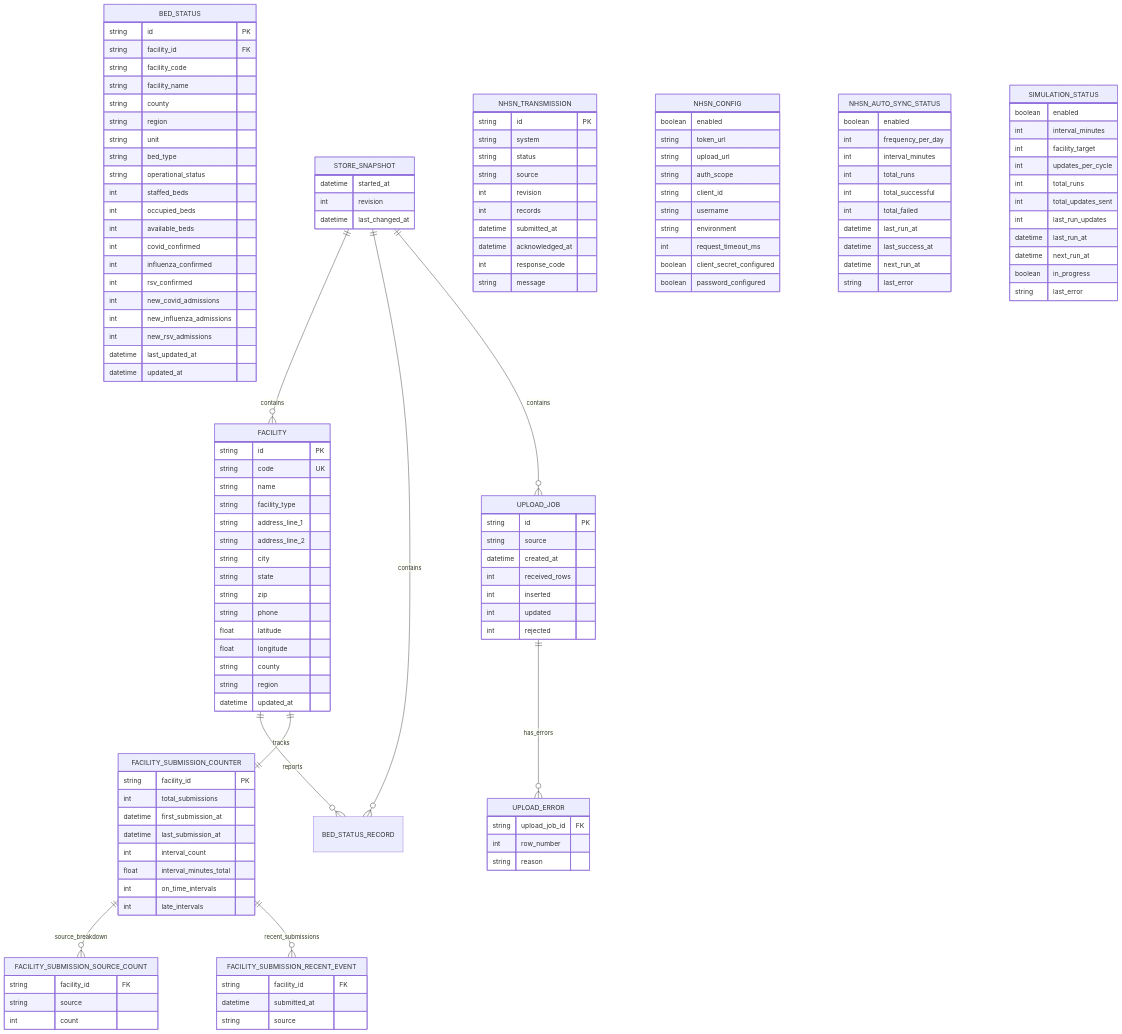
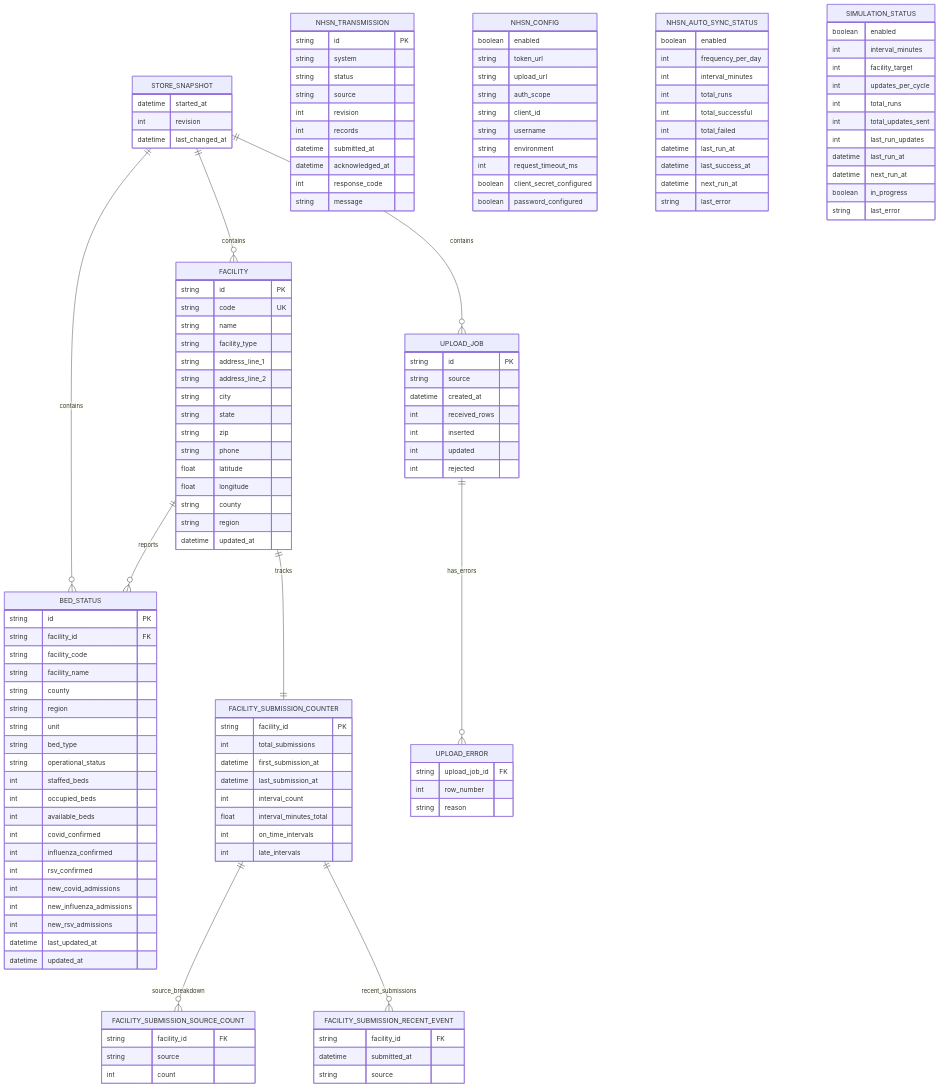
One commit to mcoen/hbeds changed the diagram in docs/data-model-erd.md. Above: the diagram before and after it, drawn with Mermaid. The commit also changed other lines of this file, not shown here.

```diff
--- a/docs/data-model-erd.md
+++ b/docs/data-model-erd.md
@@ -152,9 +152,9 @@
   }
 
   STORE_SNAPSHOT ||--o{ FACILITY : contains
-  STORE_SNAPSHOT ||--o{ BED_STATUS_RECORD : contains
+  STORE_SNAPSHOT ||--o{ BED_STATUS : contains
   STORE_SNAPSHOT ||--o{ UPLOAD_JOB : contains
-  FACILITY ||--o{ BED_STATUS_RECORD : reports
+  FACILITY ||--o{ BED_STATUS : reports
   FACILITY ||--|| FACILITY_SUBMISSION_COUNTER : tracks
   FACILITY_SUBMISSION_COUNTER ||--o{ FACILITY_SUBMISSION_SOURCE_COUNT : source_breakdown
   FACILITY_SUBMISSION_COUNTER ||--o{ FACILITY_SUBMISSION_RECENT_EVENT : recent_submissions
```
